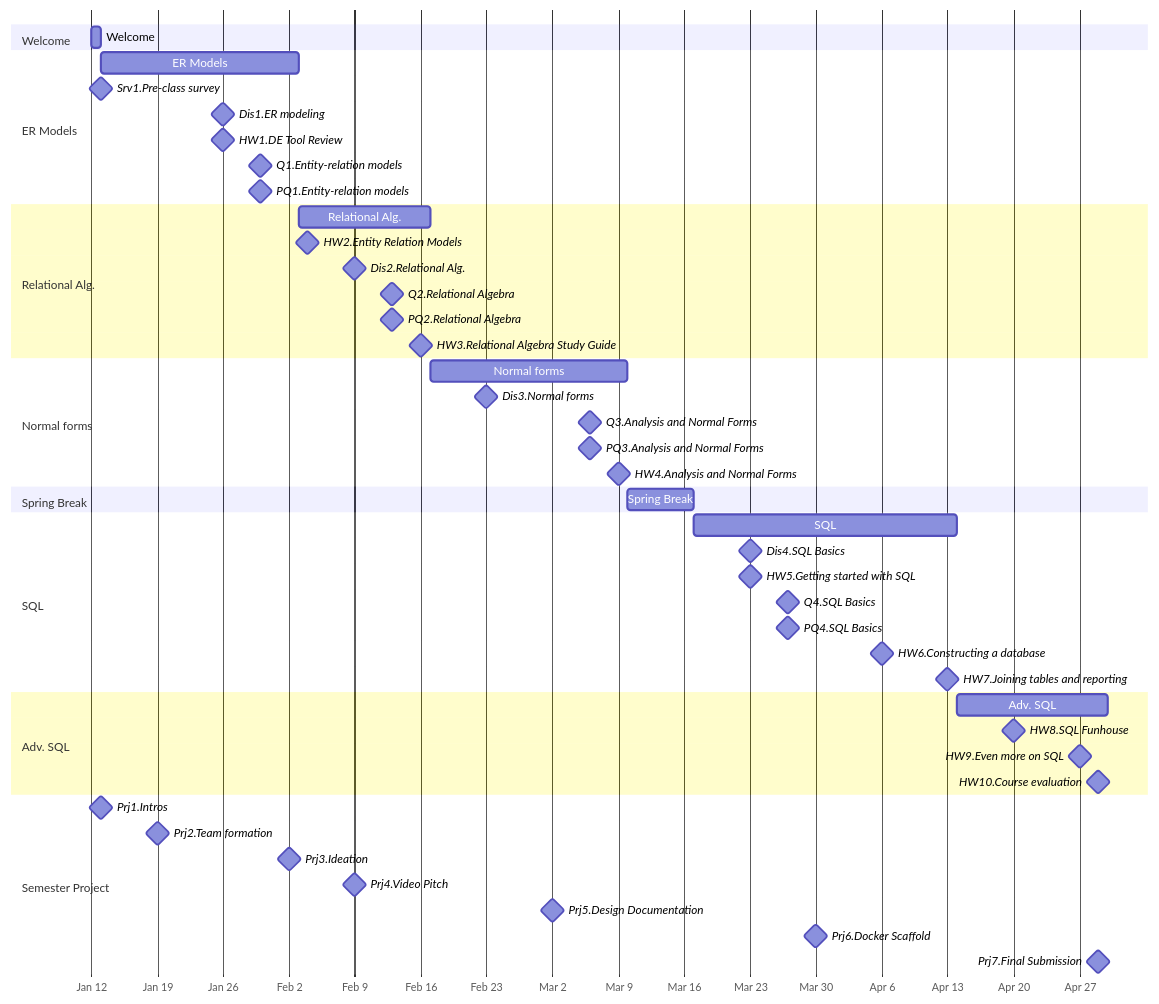
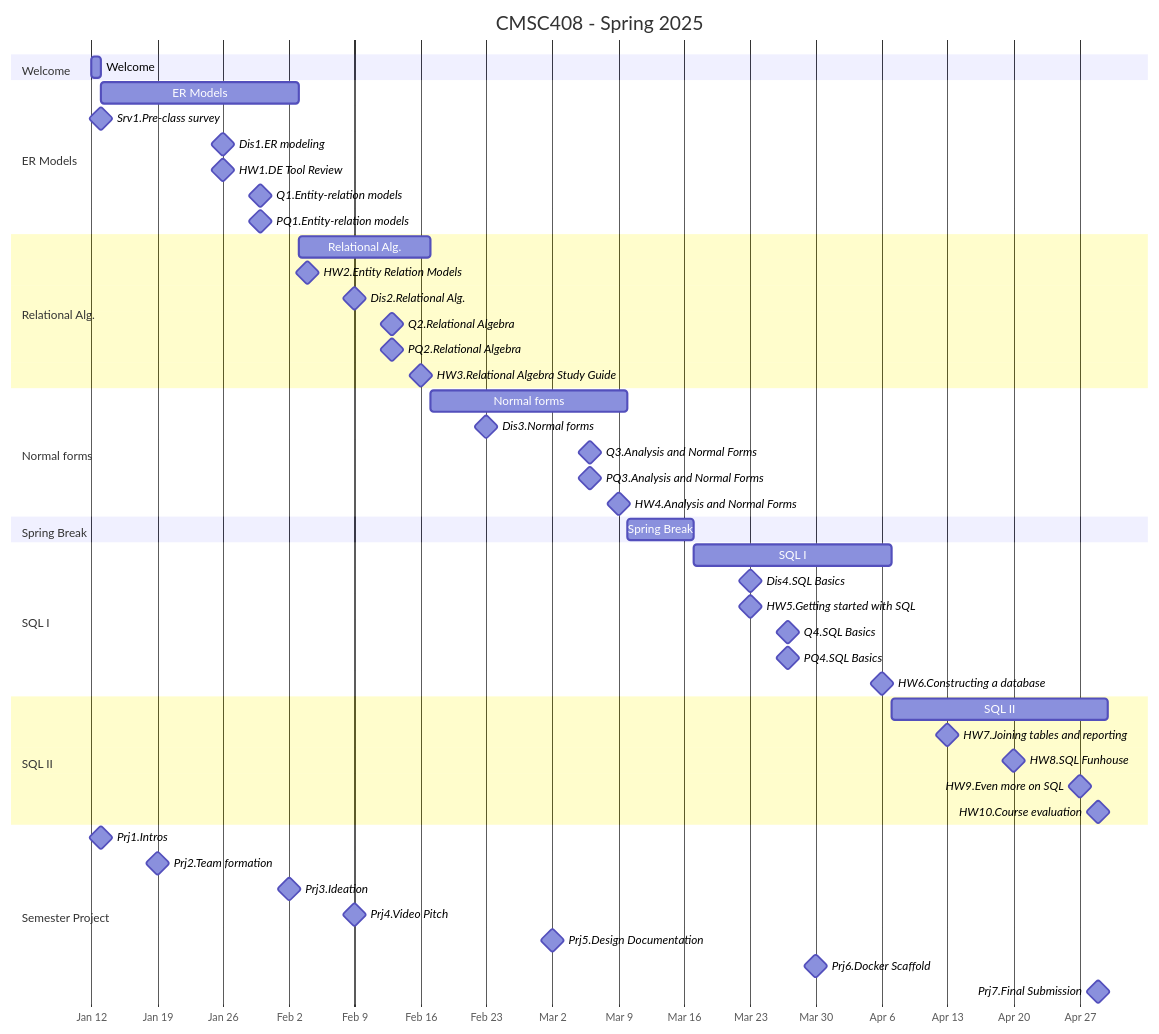
One commit to lowkeylabs/cmsc408-course-admin changed the diagram in sp2025/gantts/detailed-gantt.mmd. Above: the diagram before and after it, drawn with Mermaid. The commit also changed 7 other files, not shown here.

Commit message:
rework gantts

```diff
--- a/sp2025/gantts/detailed-gantt.mmd
+++ b/sp2025/gantts/detailed-gantt.mmd
@@ -1,57 +1,58 @@
 gantt
+    title CMSC408 - Spring 2025
     dateFormat YYYY-MM-DD
     axisFormat %b %e
     todayMarker stroke-width:7px,stroke:#FFB300,opacity:0.5
 
     section Welcome
     Welcome : m0, 2025-01-12, 2025-01-13
 
     section ER Models
     ER Models : m1, 2025-01-13, 2025-02-03
     Srv1.Pre-class survey : milestone, 2025-01-13, 0d
     Dis1.ER modeling : milestone, 2025-01-26, 0d
     HW1.DE Tool Review : milestone, 2025-01-26, 0d
     Q1.Entity-relation models : milestone, 2025-01-30, 0d
     PQ1.Entity-relation models : milestone, 2025-01-30, 0d
 
     section Relational Alg.
     Relational Alg. : m2, 2025-02-03, 2025-02-17
     HW2.Entity Relation Models : milestone, 2025-02-04, 0d
     Dis2.Relational Alg. : milestone, 2025-02-09, 0d
     Q2.Relational Algebra : milestone, 2025-02-13, 0d
     PQ2.Relational Algebra : milestone, 2025-02-13, 0d
     HW3.Relational Algebra Study Guide : milestone, 2025-02-16, 0d
 
     section Normal forms
     Normal forms : m3, 2025-02-17, 2025-03-10
     Dis3.Normal forms : milestone, 2025-02-23, 0d
     Q3.Analysis and Normal Forms : milestone, 2025-03-06, 0d
     PQ3.Analysis and Normal Forms : milestone, 2025-03-06, 0d
     HW4.Analysis and Normal Forms : milestone, 2025-03-09, 0d
 
     section Spring Break
     Spring Break : m4, 2025-03-10, 2025-03-17
 
-    section SQL
-    SQL : m5, 2025-03-17, 2025-04-14
+    section SQL I
+    SQL I : m5, 2025-03-17, 2025-04-07
     Dis4.SQL Basics : milestone, 2025-03-23, 0d
     HW5.Getting started with SQL : milestone, 2025-03-23, 0d
     Q4.SQL Basics : milestone, 2025-03-27, 0d
     PQ4.SQL Basics : milestone, 2025-03-27, 0d
     HW6.Constructing a database : milestone, 2025-04-06, 0d
+
+    section SQL II
+    SQL II : m6, 2025-04-07, 2025-04-30
     HW7.Joining tables and reporting : milestone, 2025-04-13, 0d
-
-    section Adv. SQL
-    Adv. SQL : m6, 2025-04-14, 2025-04-30
     HW8.SQL Funhouse : milestone, 2025-04-20, 0d
     HW9.Even more on SQL : milestone, 2025-04-27, 0d
     HW10.Course evaluation : milestone, 2025-04-29, 0d
 
     section Semester Project
     Prj1.Intros : milestone, 2025-01-13, 0d
     Prj2.Team formation : milestone, 2025-01-19, 0d
     Prj3.Ideation : milestone, 2025-02-02, 0d
     Prj4.Video Pitch : milestone, 2025-02-09, 0d
     Prj5.Design Documentation : milestone, 2025-03-02, 0d
     Prj6.Docker Scaffold : milestone, 2025-03-30, 0d
     Prj7.Final Submission : milestone, 2025-04-29, 0d
```
